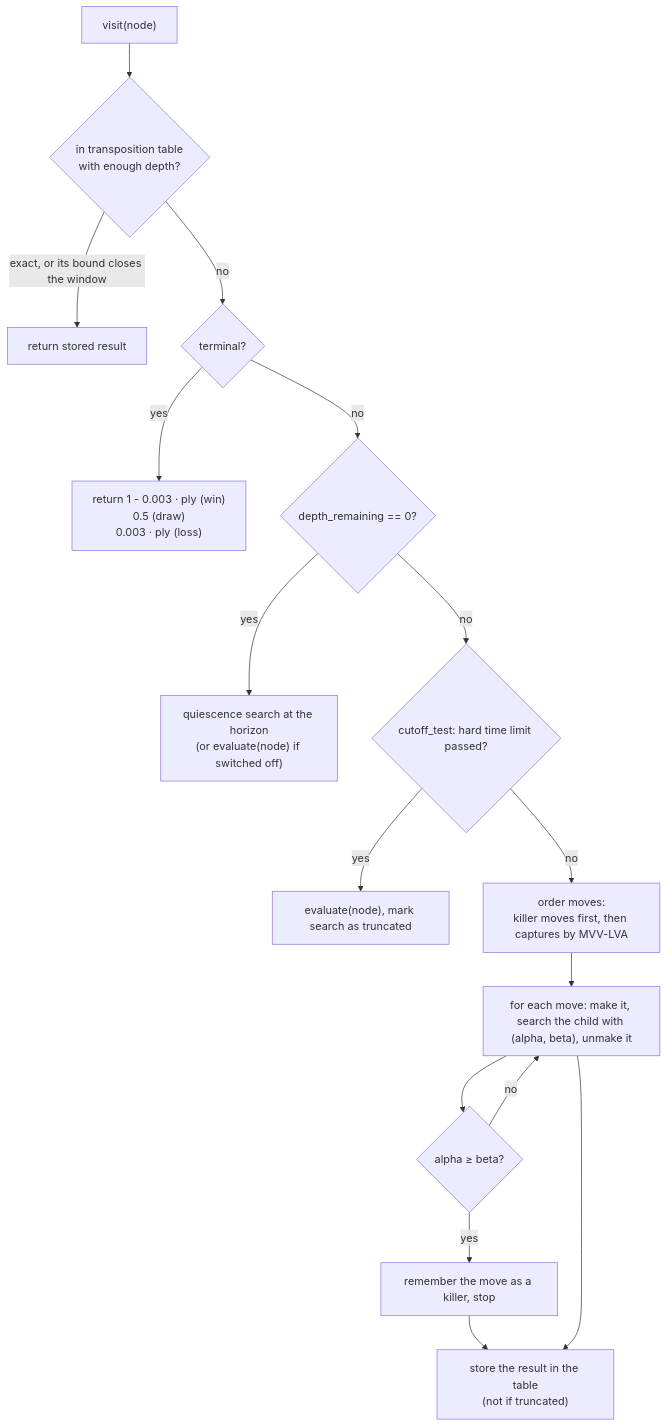
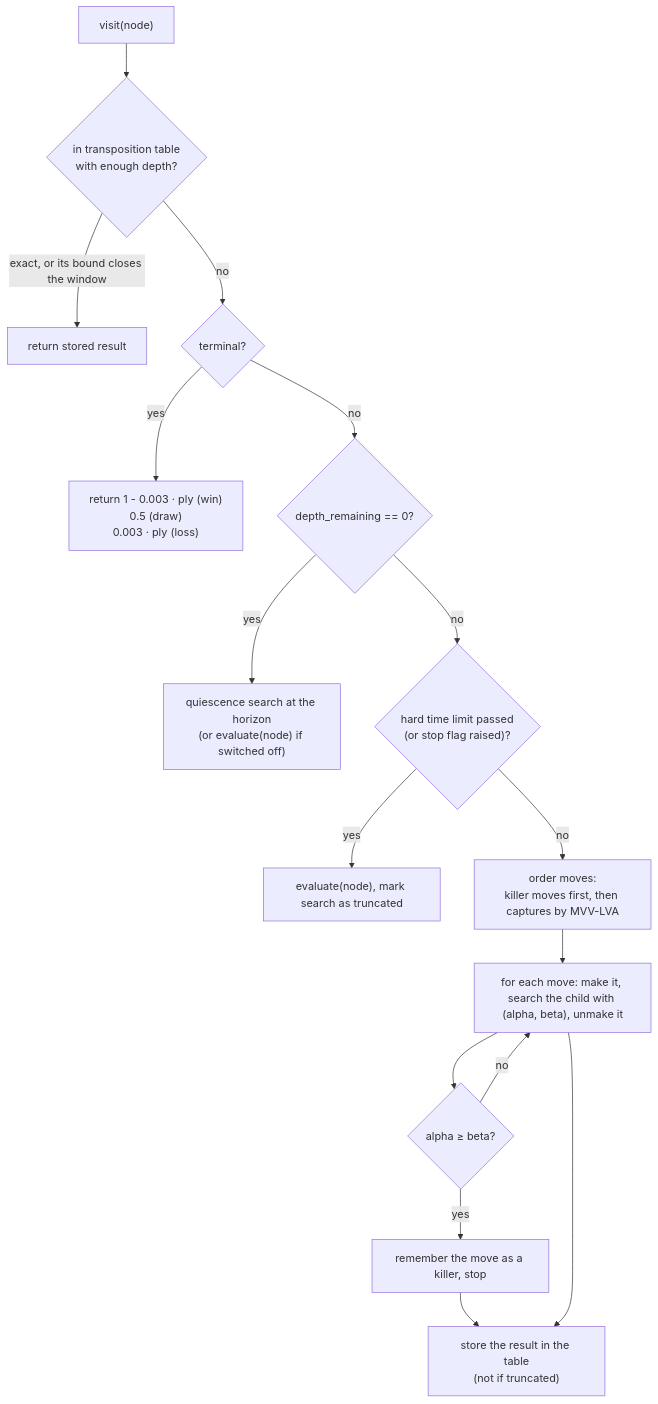
The first of 2 diagrams in docs/ALGORITHMS.md (JoaquinDeVA/chess-ai-engine), drawn with Mermaid before and after one commit. The commit also changed other lines of this file and 8 other files, not shown here.

````diff
--- a/docs/ALGORITHMS.md
+++ b/docs/ALGORITHMS.md
@@ -41,18 +45,18 @@
 ```mermaid
 flowchart TD
     N["visit(node)"] --> T{"in transposition table<br/>with enough depth?"}
     T -- "exact, or its bound closes the window" --> R1["return stored result"]
     T -- no --> X{"terminal?"}
     X -- yes --> R2["return 1 - 0.003 · ply (win)<br/>0.5 (draw)<br/>0.003 · ply (loss)"]
     X -- no --> D{"depth_remaining == 0?"}
     D -- yes --> Q["quiescence search at the horizon<br/>(or evaluate(node) if switched off)"]
-    D -- no --> C{"cutoff_test: hard time limit passed?"}
+    D -- no --> C{"hard time limit passed<br/>(or stop flag raised)?"}
     C -- "yes" --> R4["evaluate(node), mark search as truncated"]
     C -- no --> O["order moves:<br/>killer moves first, then captures by MVV-LVA"]
     O --> L["for each move: make it, search the child with (alpha, beta), unmake it"]
     L --> P{"alpha ≥ beta?"}
     P -- yes --> K["remember the move as a killer, stop"]
     P -- no --> L
     K --> S["store the result in the table<br/>(not if truncated)"]
     L --> S
 ```
````
